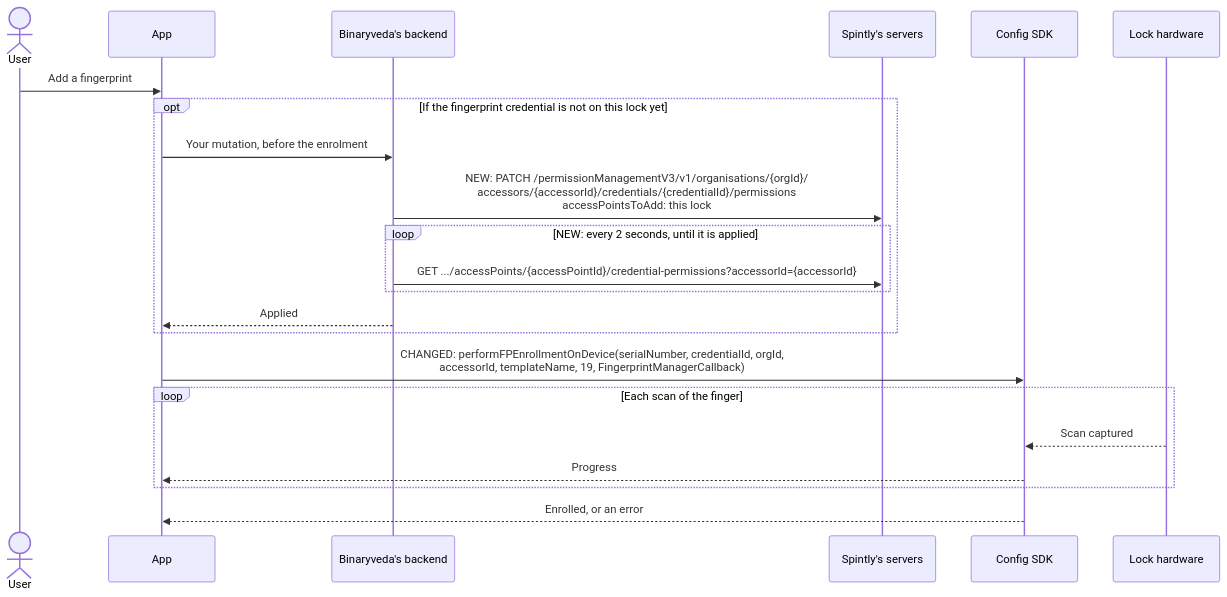
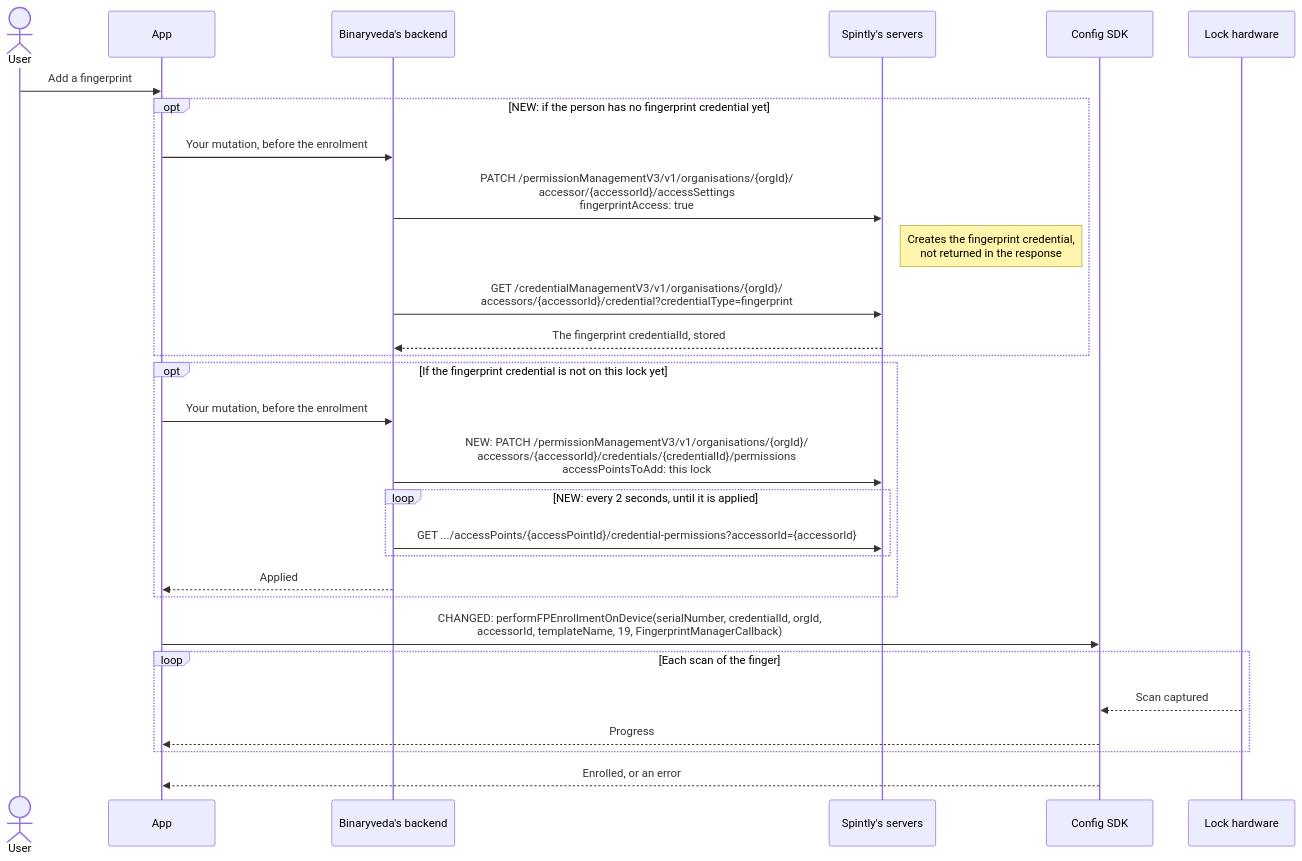
The eighth of 9 diagrams in docs/lock-onboarding.md (spintly-integrations-support/godrej-software-guide), drawn with Mermaid before and after one commit. The commit also changed other lines of this file and 2 other files, not shown here.

Commit message:
Fingerprint: enable access settings to get the credential when missing

````diff
--- a/docs/lock-onboarding.md
+++ b/docs/lock-onboarding.md
@@ -343,25 +351,32 @@
 ```mermaid
 sequenceDiagram
     actor U as User
     participant A as App
     participant B as Binaryveda's backend
     participant S as Spintly's servers
     participant C as Config SDK
     participant L as Lock hardware
 
     U->>A: Add a fingerprint
+    opt NEW: if the person has no fingerprint credential yet
+        A->>B: Your mutation, before the enrolment
+        B->>S: PATCH /permissionManagementV3/v1/organisations/{orgId}/<br/>accessor/{accessorId}/accessSettings<br/>fingerprintAccess: true
+        Note right of S: Creates the fingerprint credential,<br/>not returned in the response
+        B->>S: GET /credentialManagementV3/v1/organisations/{orgId}/<br/>accessors/{accessorId}/credential?credentialType=fingerprint
+        S-->>B: The fingerprint credentialId, stored
+    end
     opt If the fingerprint credential is not on this lock yet
         A->>B: Your mutation, before the enrolment
         B->>S: NEW: PATCH /permissionManagementV3/v1/organisations/{orgId}/<br/>accessors/{accessorId}/credentials/{credentialId}/permissions<br/>accessPointsToAdd: this lock
         loop NEW: every 2 seconds, until it is applied
             B->>S: GET .../accessPoints/{accessPointId}/credential-permissions?accessorId={accessorId}
         end
         B-->>A: Applied
     end
     A->>C: CHANGED: performFPEnrollmentOnDevice(serialNumber, credentialId, orgId,<br/>accessorId, templateName, 19, FingerprintManagerCallback)
     loop Each scan of the finger
         L-->>C: Scan captured
         C-->>A: Progress
     end
     C-->>A: Enrolled, or an error
 ```
````
